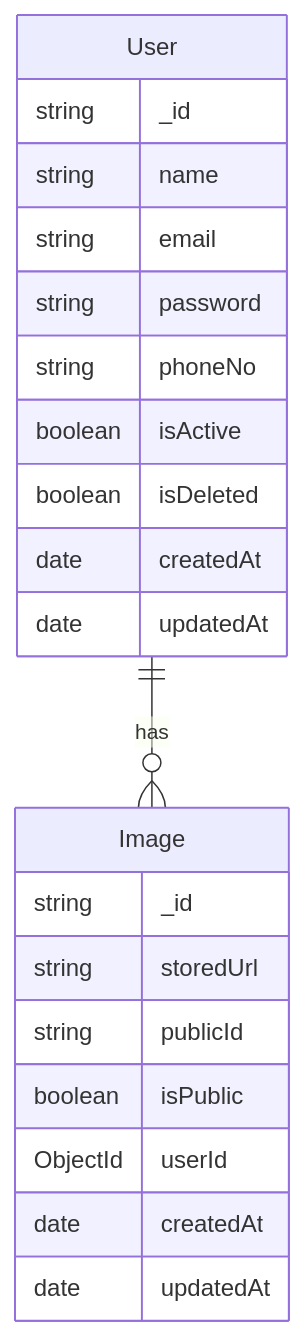
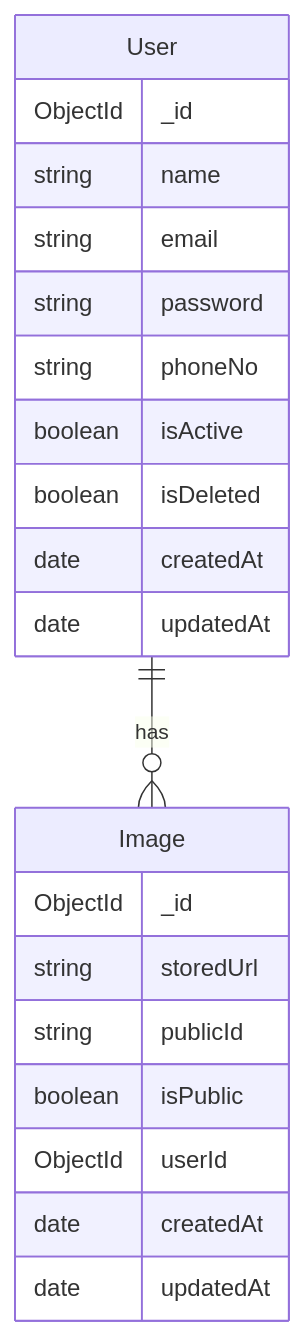
Before and after one commit to MuhammadFahad-Irfan/Interview-Test: the diagram in mermaid.mmd, drawn with Mermaid.

Commit message:
some changes in mermaid file

```diff
--- a/mermaid.mmd
+++ b/mermaid.mmd
@@ -1,22 +1,22 @@
 erDiagram
   User {
-    string _id
+    ObjectId _id
     string name
     string email
     string password
     string phoneNo
     boolean isActive
     boolean isDeleted
     date createdAt
     date updatedAt
   }
   Image {
-    string _id
+    ObjectId _id
     string storedUrl
     string publicId
     boolean isPublic
     ObjectId userId
     date createdAt
     date updatedAt
   }
   User ||--o{ Image : "has" 
```
